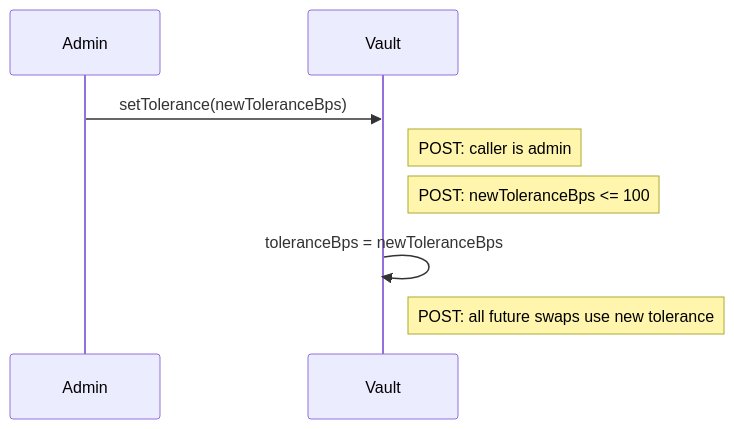
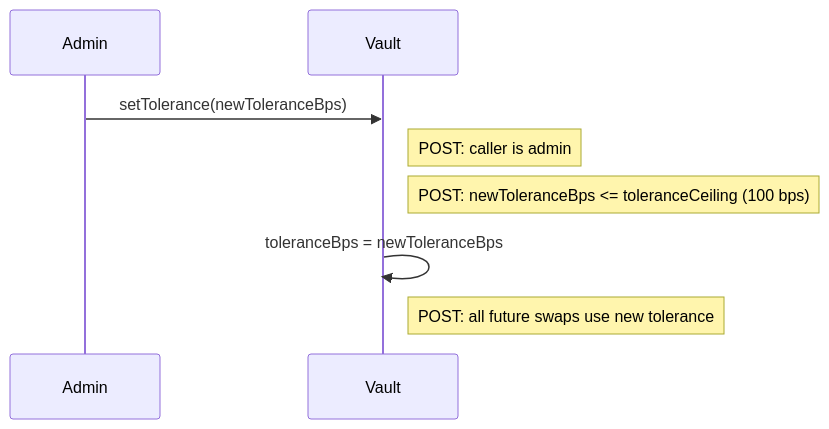
Before and after one commit to evgenynacu/leverage-vaults: diagram 15 of 22 in docs/architecture/call-diagrams.md, drawn with Mermaid. The commit also changed other lines of this file and 18 other files, not shown here.

````diff
--- a/docs/architecture/call-diagrams.md
+++ b/docs/architecture/call-diagrams.md
@@ -308,8 +307,8 @@
 ```mermaid
 sequenceDiagram
     Admin->>Vault: setTolerance(newToleranceBps)
     note right of Vault: POST: caller is admin
-    note right of Vault: POST: newToleranceBps <= 100
+    note right of Vault: POST: newToleranceBps <= toleranceCeiling (100 bps)
     Vault->>Vault: toleranceBps = newToleranceBps
     note right of Vault: POST: all future swaps use new tolerance
 ```
````
